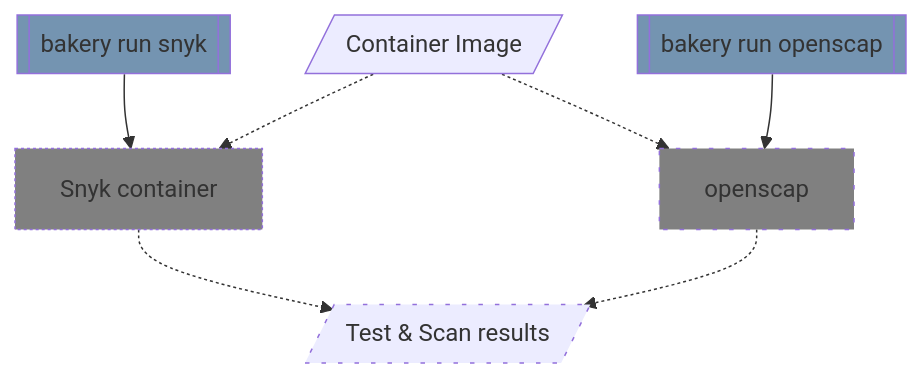
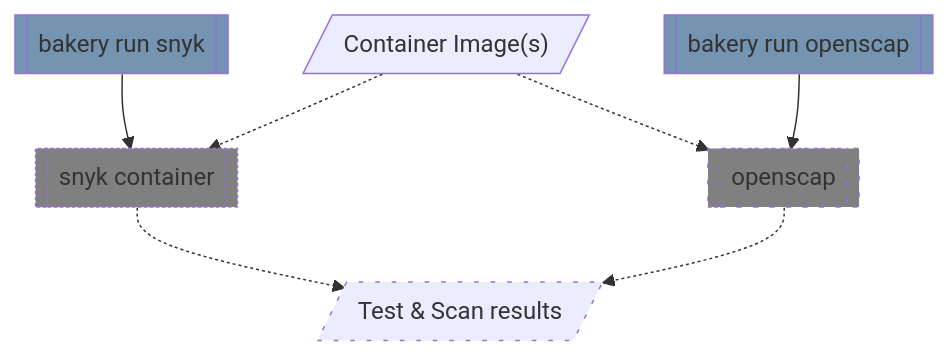
Before and after one commit to posit-dev/images-shared: the sixth of 7 diagrams in posit-bakery/ARCHITECTURE.md, drawn with Mermaid. The commit also changed other lines of this file, not shown here.

Commit message:
Implement PR feedback to improve diagram readability

````diff
--- a/posit-bakery/ARCHITECTURE.md
+++ b/posit-bakery/ARCHITECTURE.md
@@ -192,28 +200,28 @@
 ```mermaid
 flowchart TD
 
-    image[/Container Image/]
+    image[/"Container Image(s)"/]
     results[/"Test & Scan results"/]
 
-    snyk[Snyk container]
+    snyk[[snyk container]]
     runSnyk[[bakery run snyk]]
     runSnyk --> snyk
     image -.-> snyk -.-> results
 
-    openscap[openscap]
+    openscap[[openscap]]
     runOpenscap[[bakery run openscap]]
     runOpenscap --> openscap
     image -.-> openscap -.-> results
 
     classDef tooling fill:#7494B1
     classDef external fill:grey
     classDef progress stroke-dasharray: 2 2
     classDef todo stroke-dasharray: 3 8
 
     class runSnyk,runOpenscap tooling
     class snyk,openscap external
 
     %% Mark what we are working on and is in flight %%
     class inprogress,snyk progress
     class openscap,results todo
 ```
````
